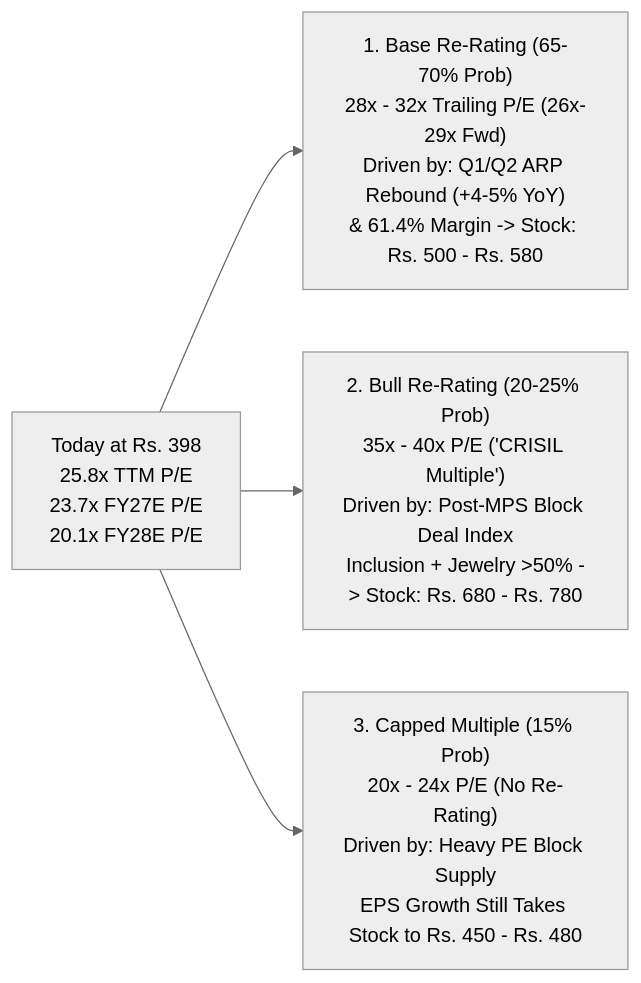
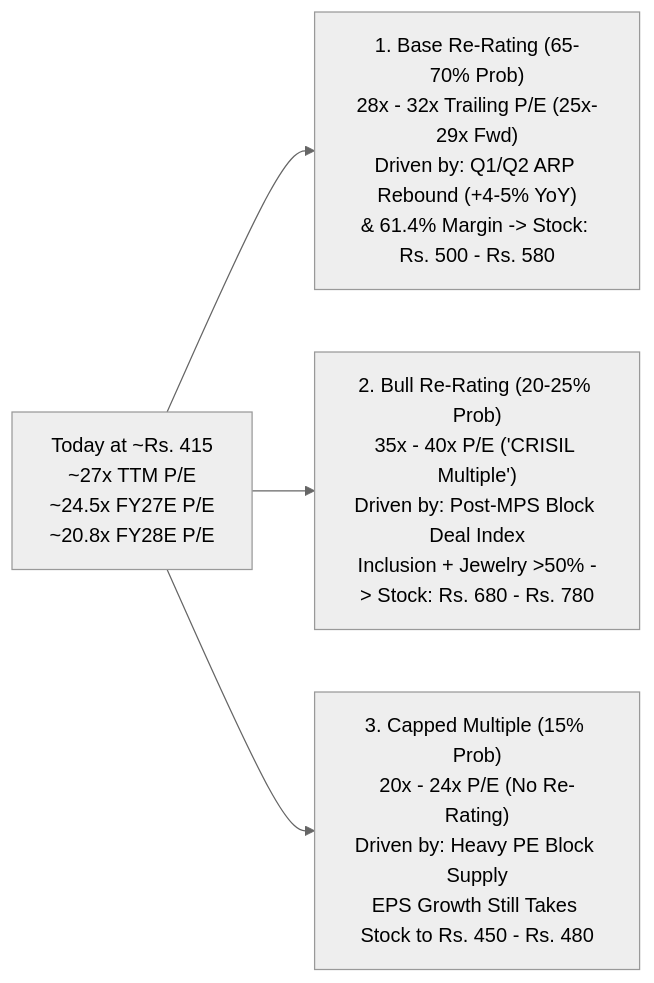
The fourth of 4 diagrams in docs/Finance/Companies/IGIL/Forensic-Valuation-And-Timing-Upgrade.md (imagarg01/LearningStuff), drawn with Mermaid (neutral theme) before and after one commit. The commit also changed other lines of this file and 4 other files, not shown here.

````diff
--- a/docs/Finance/Companies/IGIL/Forensic-Valuation-And-Timing-Upgrade.md
+++ b/docs/Finance/Companies/IGIL/Forensic-Valuation-And-Timing-Upgrade.md
@@ -329,8 +259,8 @@
 ```mermaid
 flowchart LR
-    NOW["Today at Rs. 398\n25.8x TTM P/E\n23.7x FY27E P/E\n20.1x FY28E P/E"]
-    S1["1. Base Re-Rating (65-70% Prob)\n28x - 32x Trailing P/E (26x-29x Fwd)\nDriven by: Q1/Q2 ARP Rebound (+4-5% YoY)\n& 61.4% Margin -> Stock: Rs. 500 - Rs. 580"]
+    NOW["Today at ~Rs. 415\n~27x TTM P/E\n~24.5x FY27E P/E\n~20.8x FY28E P/E"]
+    S1["1. Base Re-Rating (65-70% Prob)\n28x - 32x Trailing P/E (25x-29x Fwd)\nDriven by: Q1/Q2 ARP Rebound (+4-5% YoY)\n& 61.4% Margin -> Stock: Rs. 500 - Rs. 580"]
     S2["2. Bull Re-Rating (20-25% Prob)\n35x - 40x P/E ('CRISIL Multiple')\nDriven by: Post-MPS Block Deal Index\nInclusion + Jewelry >50% -> Stock: Rs. 680 - Rs. 780"]
     S3["3. Capped Multiple (15% Prob)\n20x - 24x P/E (No Re-Rating)\nDriven by: Heavy PE Block Supply\nEPS Growth Still Takes Stock to Rs. 450 - Rs. 480"]
     NOW --> S1 & S2 & S3
 ```
````
